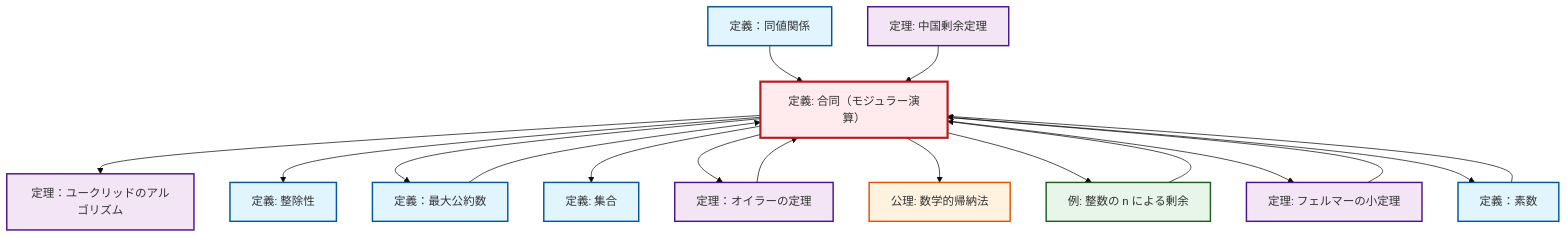
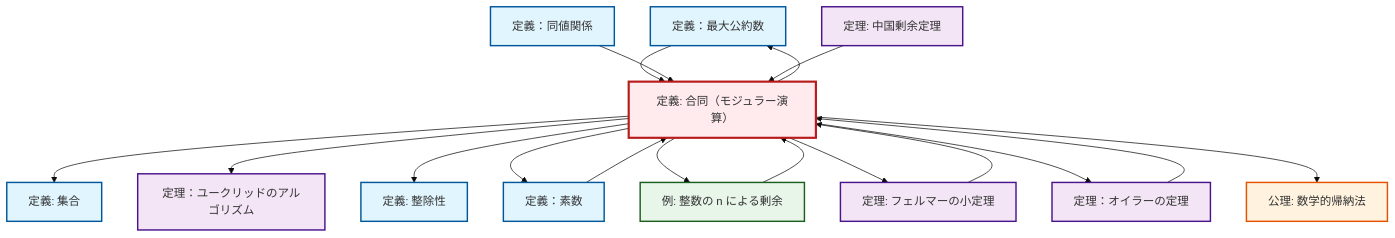
Before and after one commit to RK0429/ModernMath: the diagram in content/ja/number-theory/def-congruence.qmd, drawn with Mermaid (base theme). The commit also changed other lines of this file and 1012 other files, not shown here.

````diff
--- a/content/ja/number-theory/def-congruence.qmd
+++ b/content/ja/number-theory/def-congruence.qmd
@@ -125,49 +125,49 @@
 ```{mermaid}
 %%| fig-cap: "Local dependency graph"
 graph TD
     classDef definition fill:#e1f5fe,stroke:#01579b,stroke-width:2px
     classDef theorem fill:#f3e5f5,stroke:#4a148c,stroke-width:2px
     classDef axiom fill:#fff3e0,stroke:#e65100,stroke-width:2px
     classDef example fill:#e8f5e9,stroke:#1b5e20,stroke-width:2px
     classDef current fill:#ffebee,stroke:#b71c1c,stroke-width:3px
+    def-gcd["定義：最大公約数"]:::definition
     def-congruence["定義: 合同（モジュラー演算）"]:::definition
+    thm-euler["定理：オイラーの定理"]:::theorem
+    thm-chinese-remainder["定理: 中国剰余定理"]:::theorem
+    ax-induction["公理: 数学的帰納法"]:::axiom
     def-divisibility["定義: 整除性"]:::definition
     def-set["定義: 集合"]:::definition
-    ax-induction["公理: 数学的帰納法"]:::axiom
     thm-euclidean-algorithm["定理：ユークリッドのアルゴリズム"]:::theorem
-    thm-euler["定理：オイラーの定理"]:::theorem
-    thm-chinese-remainder["定理: 中国剰余定理"]:::theorem
     thm-fermat-little["定理: フェルマーの小定理"]:::theorem
-    def-gcd["定義：最大公約数"]:::definition
+    def-equivalence-relation["定義：同値関係"]:::definition
+    def-prime["定義：素数"]:::definition
     ex-quotient-integers-mod-n["例: 整数の n による剰余"]:::example
-    def-prime["定義：素数"]:::definition
-    def-equivalence-relation["定義：同値関係"]:::definition
     thm-euler --> def-congruence
+    def-congruence --> def-set
+    ex-quotient-integers-mod-n --> def-congruence
+    def-gcd --> def-congruence
+    def-prime --> def-congruence
     def-congruence --> thm-euclidean-algorithm
-    def-equivalence-relation --> def-congruence
-    ex-quotient-integers-mod-n --> def-congruence
     def-congruence --> def-divisibility
     def-congruence --> def-gcd
-    def-congruence --> def-set
-    def-prime --> def-congruence
+    def-congruence --> def-prime
+    def-congruence --> ex-quotient-integers-mod-n
+    def-equivalence-relation --> def-congruence
+    def-congruence --> thm-fermat-little
     def-congruence --> thm-euler
     thm-chinese-remainder --> def-congruence
     def-congruence --> ax-induction
-    def-congruence --> ex-quotient-integers-mod-n
-    def-gcd --> def-congruence
-    def-congruence --> thm-fermat-little
     thm-fermat-little --> def-congruence
-    def-congruence --> def-prime
     class def-congruence current
+    click def-gcd "def-gcd.html" "定義：最大公約数へ"
+    click thm-euler "thm-euler.html" "定理：オイラーの定理へ"
+    click thm-chinese-remainder "thm-chinese-remainder.html" "中国剰余定理の定理へ"
+    click ax-induction "ax-induction.html" "数学的帰納法の公理へ"
     click def-divisibility "def-divisibility.html" "整除性の定義へ"
     click def-set "def-set.html" "集合の定義へ"
-    click ax-induction "ax-induction.html" "数学的帰納法の公理へ"
     click thm-euclidean-algorithm "thm-euclidean-algorithm.html" "定理：ユークリッドのアルゴリズムへ"
-    click thm-euler "thm-euler.html" "定理：オイラーの定理へ"
-    click thm-chinese-remainder "thm-chinese-remainder.html" "中国剰余定理の定理へ"
     click thm-fermat-little "thm-fermat-little.html" "フェルマーの小定理の定理へ"
-    click def-gcd "def-gcd.html" "定義：最大公約数へ"
+    click def-equivalence-relation "def-equivalence-relation.html" "定義：同値関係へ"
+    click def-prime "def-prime.html" "定義：素数へ"
     click ex-quotient-integers-mod-n "ex-quotient-integers-mod-n.html" "整数の n による剰余の例へ"
-    click def-prime "def-prime.html" "定義：素数へ"
-    click def-equivalence-relation "def-equivalence-relation.html" "定義：同値関係へ"
 ```
````
